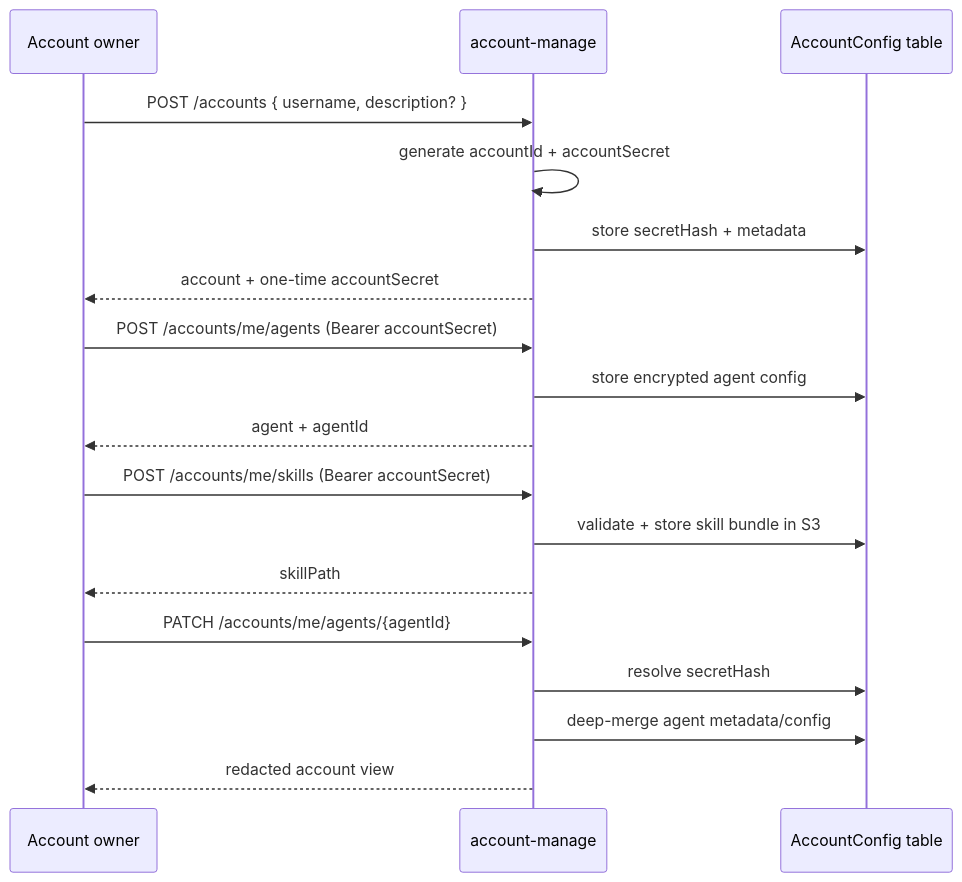
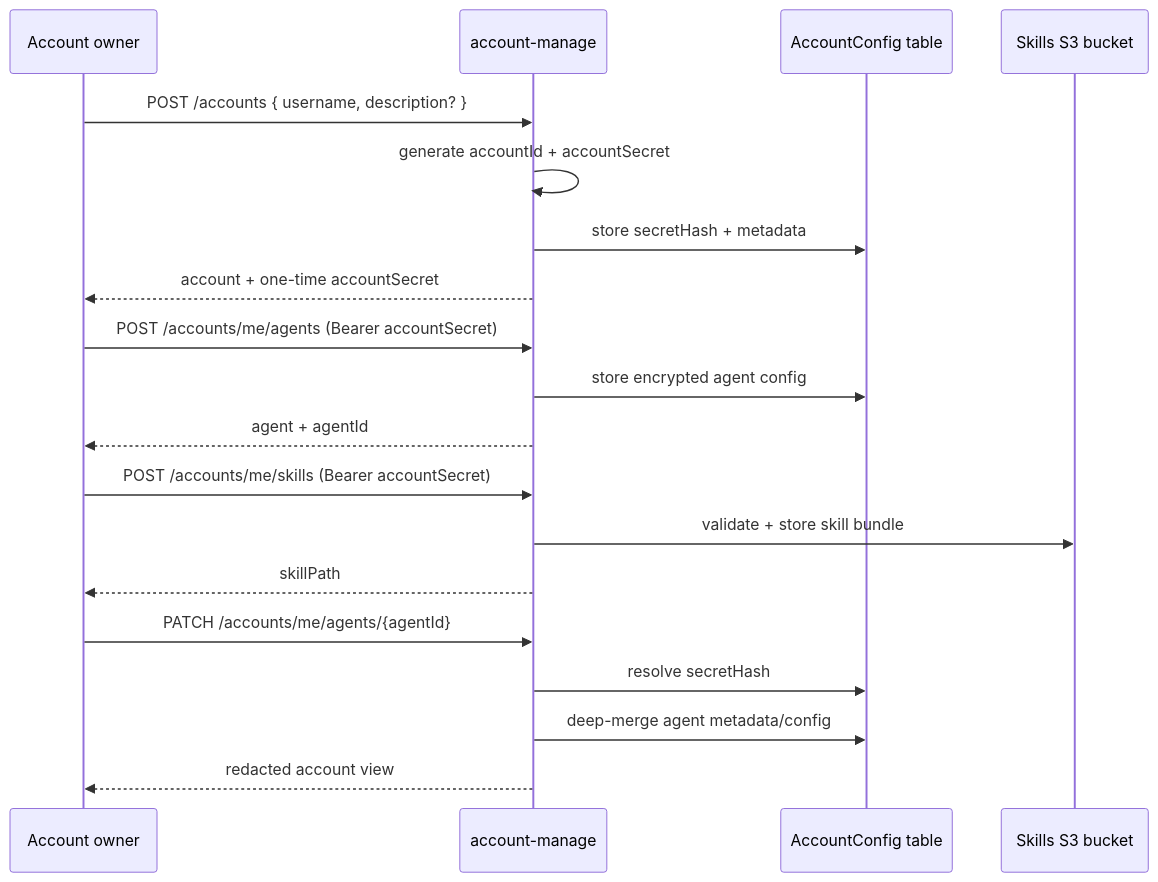
The fourth of 7 diagrams in docs/architecture.md (beeblastco/broods), drawn with Mermaid before and after one commit. The commit also changed other lines of this file and 9 other files, not shown here.

````diff
--- a/docs/architecture.md
+++ b/docs/architecture.md
@@ -83,24 +83,25 @@
 ```mermaid
 sequenceDiagram
   participant U as Account owner
   participant M as account-manage
   participant A as AccountConfig table
+  participant S as Skills S3 bucket
 
   U->>M: POST /accounts { username, description? }
   M->>M: generate accountId + accountSecret
   M->>A: store secretHash + metadata
   M-->>U: account + one-time accountSecret
 
   U->>M: POST /accounts/me/agents (Bearer accountSecret)
   M->>A: store encrypted agent config
   M-->>U: agent + agentId
 
   U->>M: POST /accounts/me/skills (Bearer accountSecret)
-  M->>A: validate + store skill bundle in S3
+  M->>S: validate + store skill bundle
   M-->>U: skillPath
 
   U->>M: PATCH /accounts/me/agents/{agentId}
   M->>A: resolve secretHash
   M->>A: deep-merge agent metadata/config
   M-->>U: redacted account view
 ```
````
